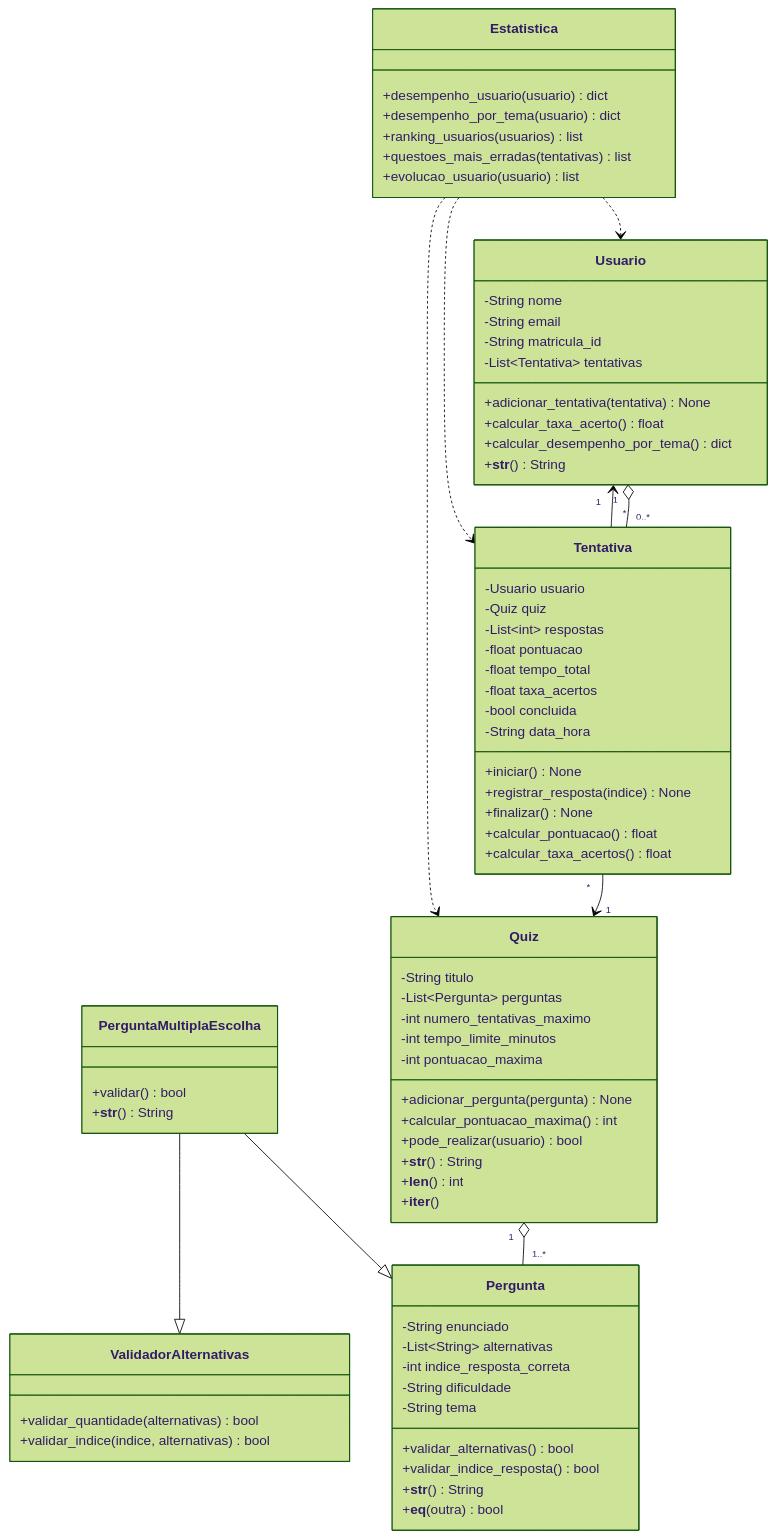
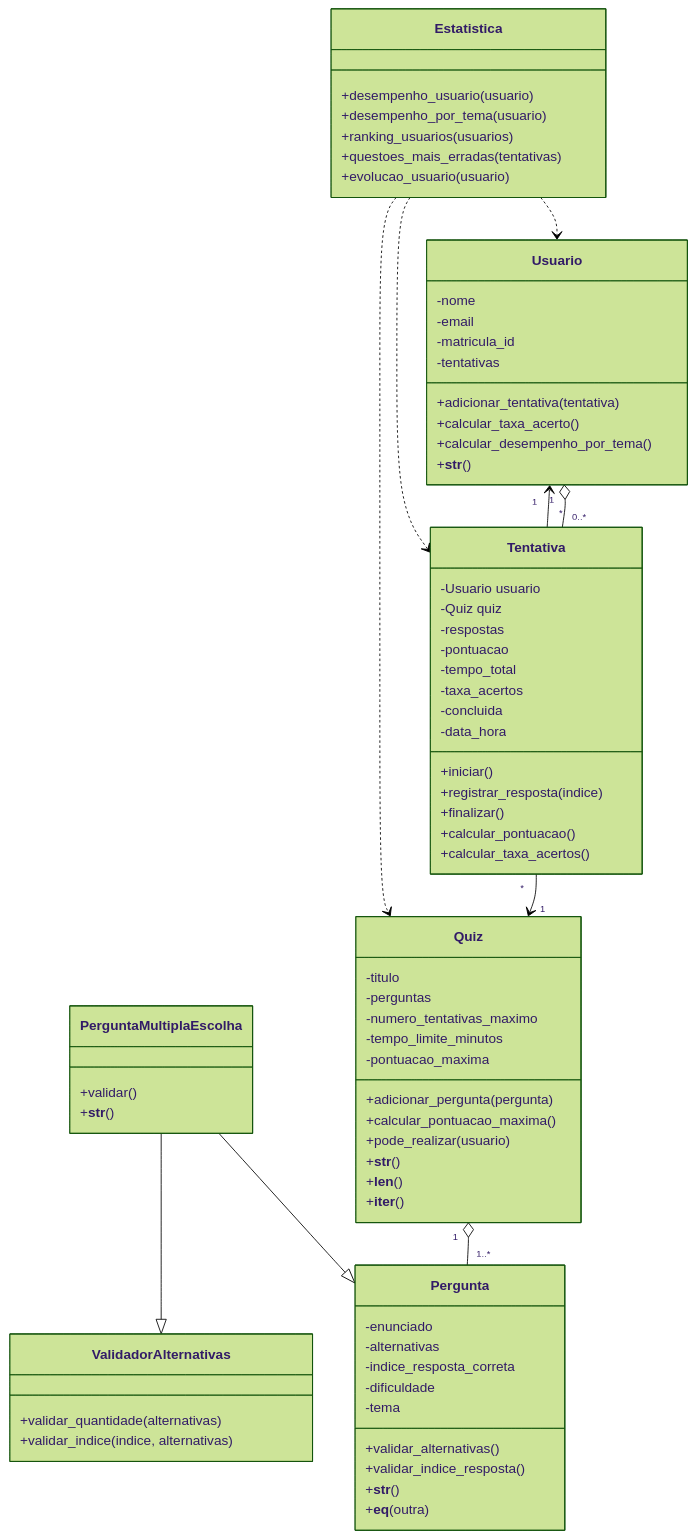
The diagram in UML.md (eliseucz/Quiz-Educacional), drawn with Mermaid (forest theme) before and after one commit.

```diff
--- a/UML.md
+++ b/UML.md
@@ -4,74 +4,74 @@
 classDiagram
 
     class Pergunta {
-        -String enunciado
-        -List~String~ alternativas
-        -int indice_resposta_correta
-        -String dificuldade
-        -String tema
-        +validar_alternativas() bool
-        +validar_indice_resposta() bool
-        +__str__() String
-        +__eq__(outra) bool
+        -enunciado
+        -alternativas
+        -indice_resposta_correta
+        -dificuldade
+        -tema
+        +validar_alternativas()
+        +validar_indice_resposta() 
+        +__str__()
+        +__eq__(outra) 
     }
 
     class ValidadorAlternativas {
-        +validar_quantidade(alternativas) bool
-        +validar_indice(indice, alternativas) bool
+        +validar_quantidade(alternativas)
+        +validar_indice(indice, alternativas) 
     }
 
     class PerguntaMultiplaEscolha {
-        +validar() bool
-        +__str__() String
+        +validar() 
+        +__str__()
     }
 
     class Quiz {
-        -String titulo
-        -List~Pergunta~ perguntas
-        -int numero_tentativas_maximo
-        -int tempo_limite_minutos
-        -int pontuacao_maxima
-        +adicionar_pergunta(pergunta) None
-        +calcular_pontuacao_maxima() int
-        +pode_realizar(usuario) bool
-        +__str__() String
-        +__len__() int
+        -titulo
+        -perguntas
+        -numero_tentativas_maximo
+        -tempo_limite_minutos
+        -pontuacao_maxima
+        +adicionar_pergunta(pergunta) 
+        +calcular_pontuacao_maxima()
+        +pode_realizar(usuario) 
+        +__str__() 
+        +__len__() 
         +__iter__()
     }
 
     class Usuario {
-        -String nome
-        -String email
-        -String matricula_id
-        -List~Tentativa~ tentativas
-        +adicionar_tentativa(tentativa) None
-        +calcular_taxa_acerto() float
-        +calcular_desempenho_por_tema() dict
-        +__str__() String
+        -nome
+        -email
+        -matricula_id
+        -tentativas
+        +adicionar_tentativa(tentativa) 
+        +calcular_taxa_acerto() 
+        +calcular_desempenho_por_tema() 
+        +__str__() 
     }
 
     class Tentativa {
         -Usuario usuario
         -Quiz quiz
-        -List~int~ respostas
-        -float pontuacao
-        -float tempo_total
-        -float taxa_acertos
-        -bool concluida
-        -String data_hora
-        +iniciar() None
-        +registrar_resposta(indice) None
-        +finalizar() None
-        +calcular_pontuacao() float
-        +calcular_taxa_acertos() float
+        -respostas
+        -pontuacao
+        -tempo_total
+        -taxa_acertos
+        -concluida
+        -data_hora
+        +iniciar() 
+        +registrar_resposta(indice) 
+        +finalizar() 
+        +calcular_pontuacao() 
+        +calcular_taxa_acertos() 
     }
 
     class Estatistica {
-        +desempenho_usuario(usuario) dict
-        +desempenho_por_tema(usuario) dict
-        +ranking_usuarios(usuarios) list
-        +questoes_mais_erradas(tentativas) list
-        +evolucao_usuario(usuario) list
+        +desempenho_usuario(usuario) 
+        +desempenho_por_tema(usuario) 
+        +ranking_usuarios(usuarios) 
+        +questoes_mais_erradas(tentativas) 
+        +evolucao_usuario(usuario) 
     }
 
     PerguntaMultiplaEscolha --|> Pergunta
```
